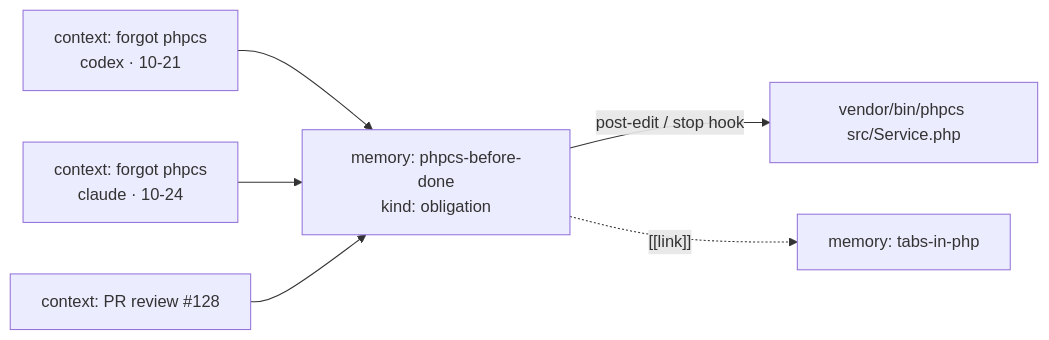
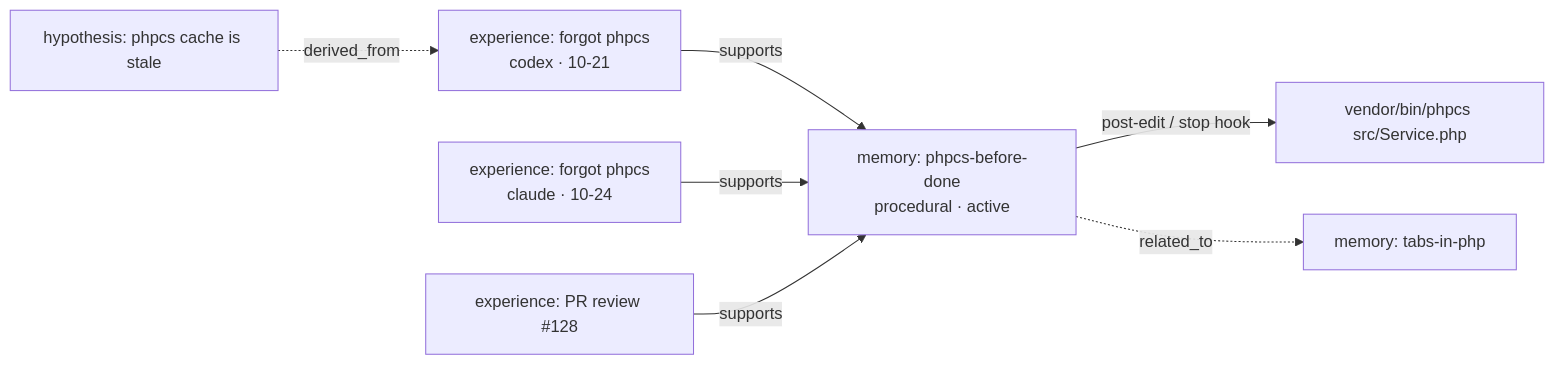
The diagram in README.md (larodiel/lrdmem), drawn with Mermaid before and after one commit. The commit also changed other lines of this file and 17 other files, not shown here.

Commit message:
docs: full command reference, Claude Code and Codex plugins, GitHub Pages site

````diff
--- a/README.md
+++ b/README.md
@@ -46,8 +45,9 @@
 ```mermaid
 flowchart LR
-    C1["context: forgot phpcs<br/>codex · 10-21"] --> M["memory: phpcs-before-done<br/>kind: obligation"]
-    C2["context: forgot phpcs<br/>claude · 10-24"] --> M
-    C3["context: PR review #128"] --> M
+    E1["experience: forgot phpcs<br/>codex · 10-21"] -->|supports| M["memory: phpcs-before-done<br/>procedural · active"]
+    E2["experience: forgot phpcs<br/>claude · 10-24"] -->|supports| M
+    E3["experience: PR review #128"] -->|supports| M
     M -->|post-edit / stop hook| R["vendor/bin/phpcs src/Service.php"]
-    M -. "[[link]]" .-> M2["memory: tabs-in-php"]
+    M -. related_to .-> M2["memory: tabs-in-php"]
+    H["hypothesis: phpcs cache is stale"] -. derived_from .-> E1
 ```
````
